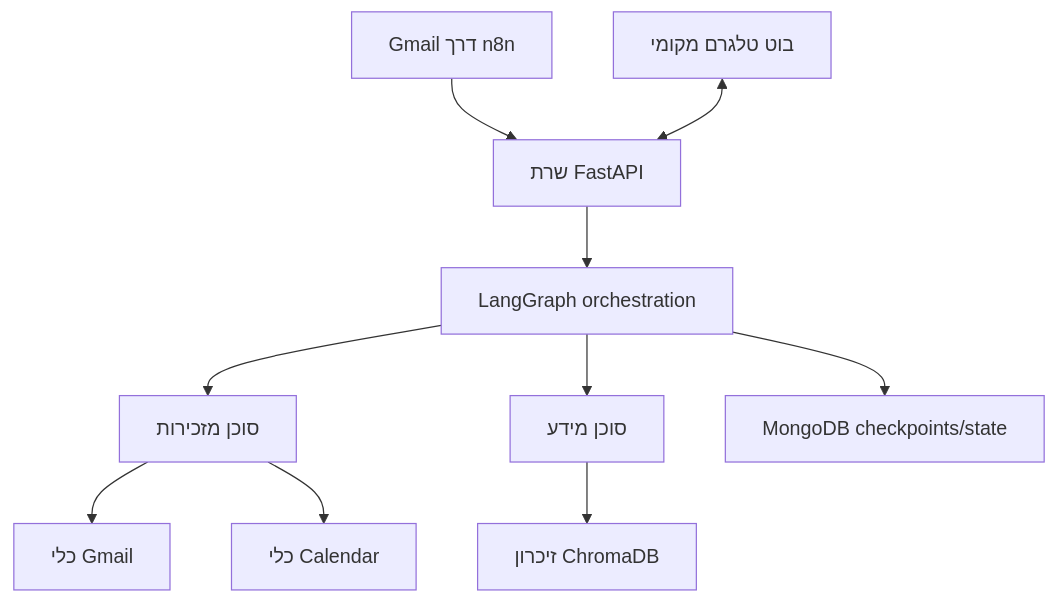
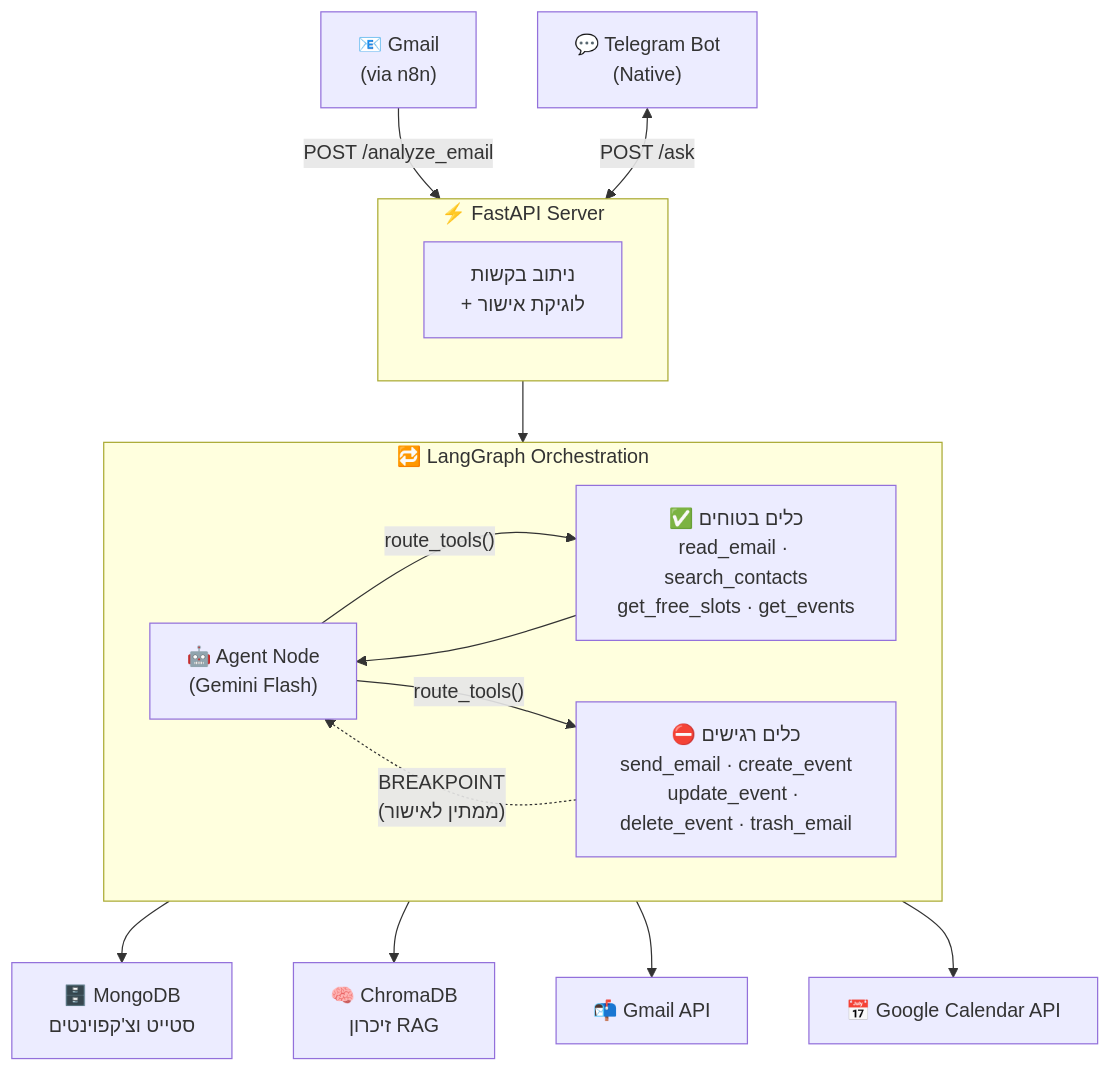
Before and after one commit to GolanLevi/myOS: the diagram in README_HE.md, drawn with Mermaid. The commit also changed other lines of this file and 1 other file, not shown here.

Commit message:
docs: rewrite README with LangGraph architecture (temporarily removed screenshots)

````diff
--- a/README_HE.md
+++ b/README_HE.md
@@ -69,12 +41,27 @@
 ```mermaid
 graph TD
-    Gmail["Gmail דרך n8n"] --> API["שרת FastAPI"]
-    Telegram["בוט טלגרם מקומי"] <--> API
-    API --> Graph["LangGraph orchestration"]
-    Graph --> Sec["סוכן מזכירות"]
-    Graph --> Info["סוכן מידע"]
-    Sec --> GTools["כלי Gmail"]
-    Sec --> CTools["כלי Calendar"]
-    Info --> Chroma["זיכרון ChromaDB"]
-    Graph --> Mongo["MongoDB checkpoints/state"]
+    Gmail["📧 Gmail\n(via n8n)"] -->|POST /analyze_email| API
+    Telegram["💬 Telegram Bot\n(Native)"] <-->|POST /ask| API
+
+    subgraph API["⚡ FastAPI Server"]
+        Router["ניתוב בקשות\n+ לוגיקת אישור"]
+    end
+
+    API --> Graph
+
+    subgraph Graph["🔁 LangGraph Orchestration"]
+        Agent["🤖 Agent Node\n(Gemini Flash)"]
+        SafeTools["✅ כלים בטוחים\nread_email · search_contacts\nget_free_slots · get_events"]
+        SensitiveTools["⛔ כלים רגישים\nsend_email · create_event\nupdate_event · delete_event · trash_email"]
+
+        Agent -->|"route_tools()"| SafeTools
+        Agent -->|"route_tools()"| SensitiveTools
+        SafeTools --> Agent
+        SensitiveTools -.->|"BREAKPOINT\n(ממתין לאישור)"| Agent
+    end
+
+    Graph --> MongoDB["🗄️ MongoDB\nסטייט וצ'קפוינטים"]
+    Graph --> ChromaDB["🧠 ChromaDB\nזיכרון RAG"]
+    Graph --> GmailAPI["📬 Gmail API"]
+    Graph --> CalendarAPI["📅 Google Calendar API"]
 ```
````
